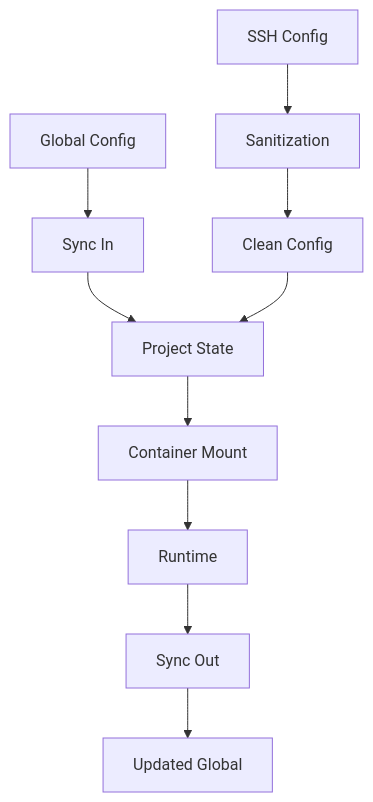
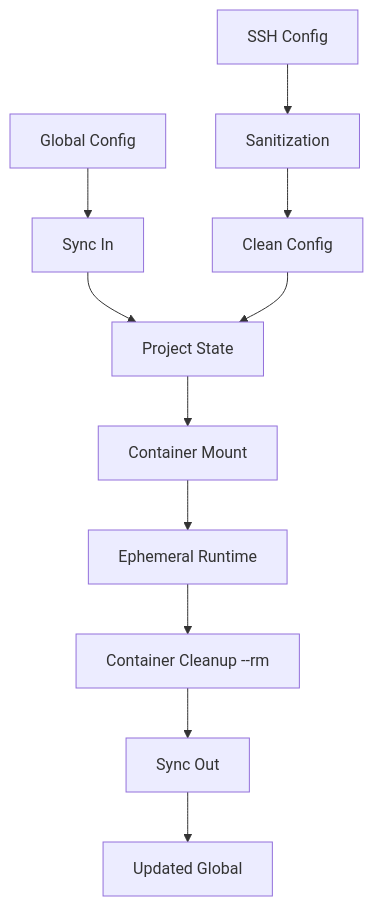
The second of 2 diagrams in PROJECT_ARCHITECTURE.md (RussianLioN/claude-code-docker-tools), drawn with Mermaid before and after one commit. The commit also changed other lines of this file and 36 other files, not shown here.

Commit message:
fix(claude): fix auth persistence via sync-out and hostname pinning

````diff
--- a/PROJECT_ARCHITECTURE.md
+++ b/PROJECT_ARCHITECTURE.md
@@ -190,13 +231,14 @@
 ```mermaid
 flowchart TD
     A[Global Config] --> B[Sync In]
     B --> C[Project State]
     C --> D[Container Mount]
-    D --> E[Runtime]
-    E --> F[Sync Out]
-    F --> G[Updated Global]
+    D --> E[Ephemeral Runtime]
+    E --> F[Container Cleanup --rm]
+    F --> G[Sync Out]
+    G --> H[Updated Global]
 
-    H[SSH Config] --> I[Sanitization]
-    I --> J[Clean Config]
-    J --> C
+    I[SSH Config] --> J[Sanitization]
+    J --> K[Clean Config]
+    K --> C
 ```
````
